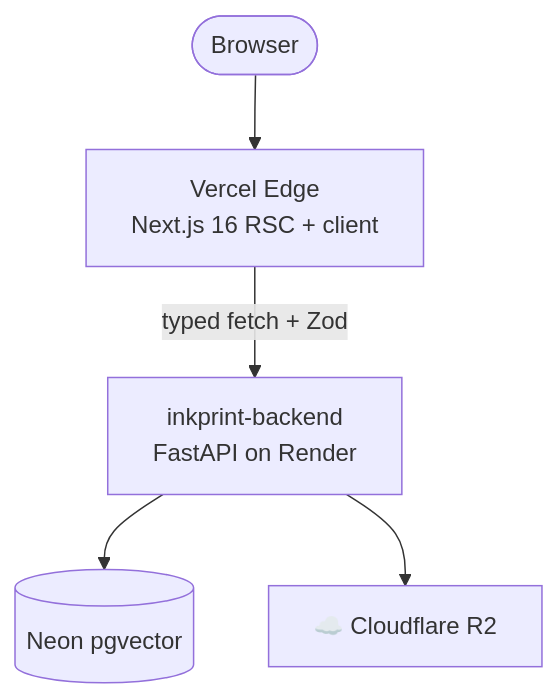
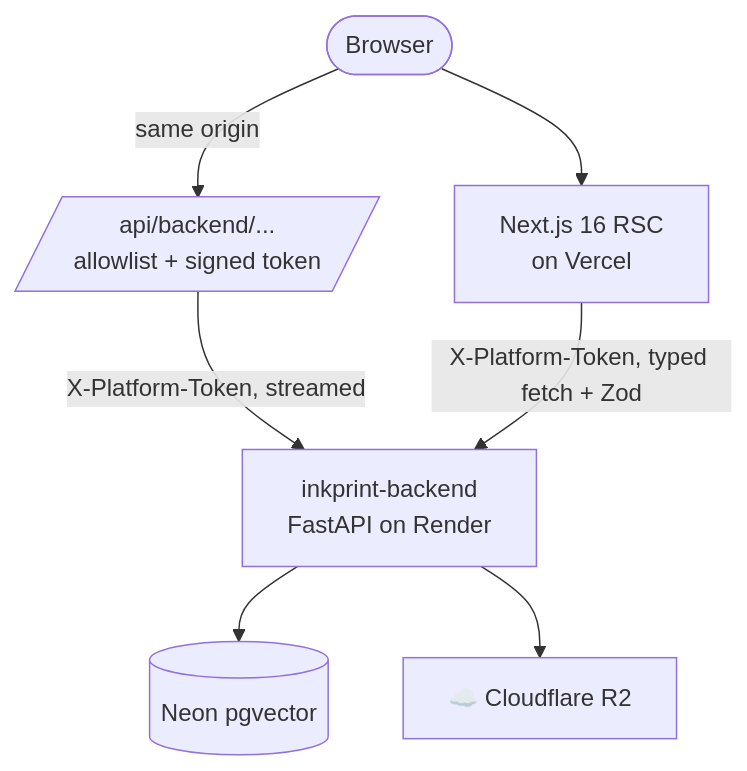
The first of 3 diagrams in README.md (Abdul-Muizz1310/inkprint-frontend), drawn with Mermaid before and after one commit. The commit also changed other lines of this file and 34 other files, not shown here.

First line of the commit message:
feat(api): proxy backend calls with a signed contract-v2 token

````diff
--- a/README.md
+++ b/README.md
@@ -64,7 +66,9 @@
 ```mermaid
 flowchart TD
-    Browser([Browser]) --> Vercel[Vercel Edge<br/>Next.js 16 RSC + client]
-    Vercel -->|typed fetch + Zod| Backend[inkprint-backend<br/>FastAPI on Render]
+    Browser([Browser]) -->|same origin| Proxy[/api/backend/...<br/>allowlist + signed token/]
+    Browser --> RSC[Next.js 16 RSC<br/>on Vercel]
+    Proxy -->|X-Platform-Token, streamed| Backend[inkprint-backend<br/>FastAPI on Render]
+    RSC -->|X-Platform-Token, typed fetch + Zod| Backend
     Backend --> DB[(Neon pgvector)]
     Backend --> R2[☁️ Cloudflare R2]
 ```
````
